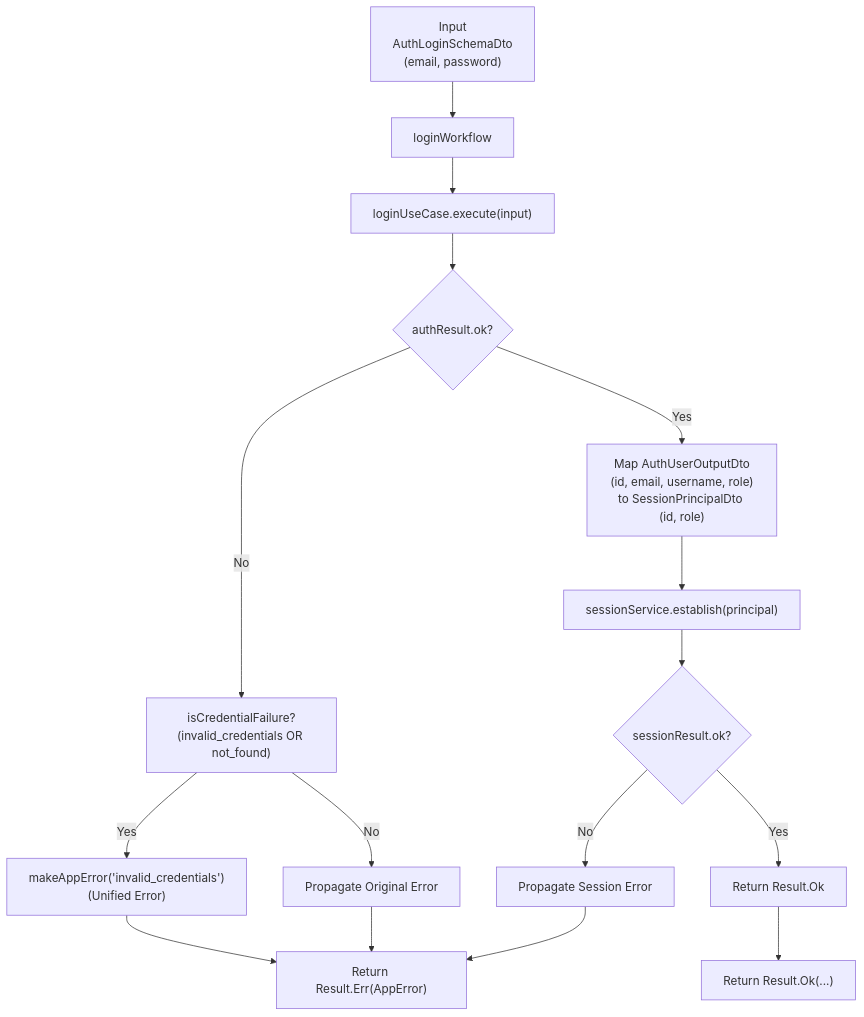
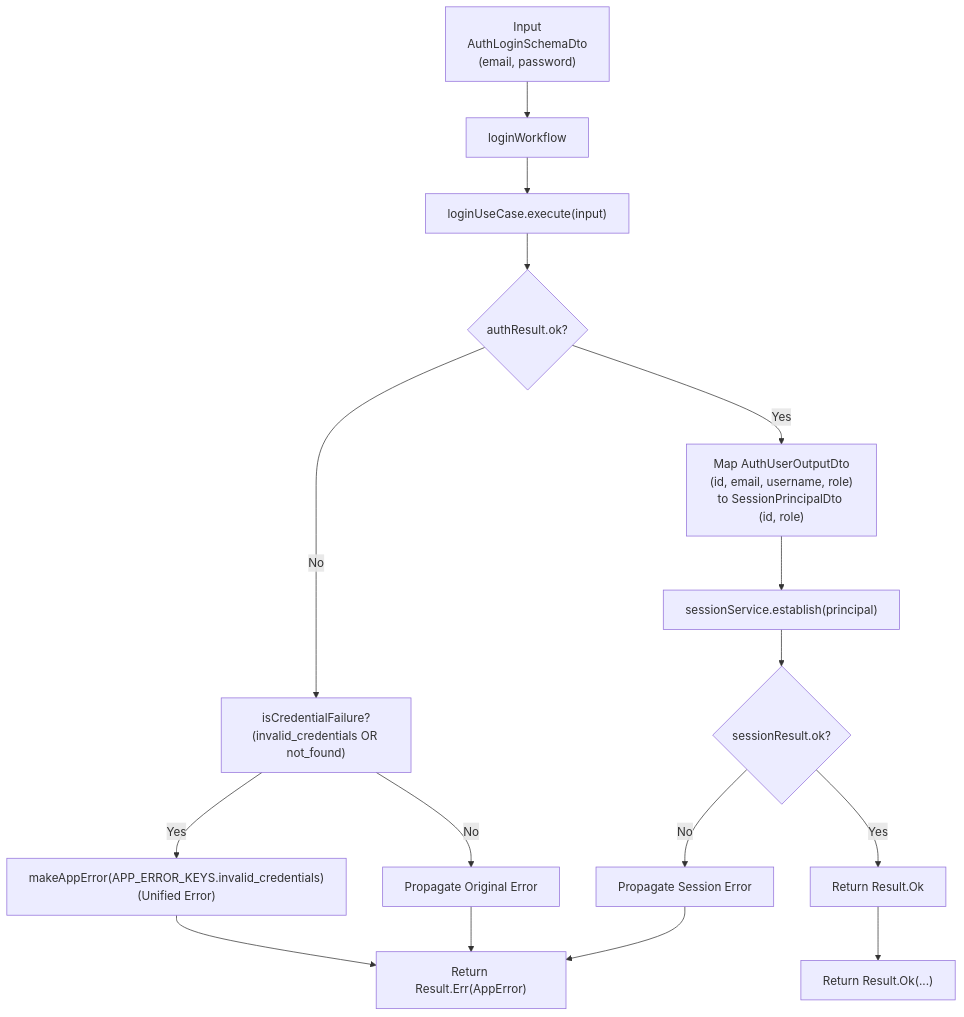
The second of 6 diagrams in src/modules/auth/notes/flowcharts.md (andrewpetersondev/nextjs-dashboard), drawn with Mermaid before and after one commit. The commit also changed other lines of this file and 31 other files, not shown here.

````diff
--- a/src/modules/auth/notes/flowcharts.md
+++ b/src/modules/auth/notes/flowcharts.md
@@ -54,34 +54,34 @@
 ```mermaid
 flowchart TD
 %% Inputs
   A["Input<br/>AuthLoginSchemaDto<br/>(email, password)"] --> B[loginWorkflow]
 
 %% Use Case Call
   B --> C["loginUseCase.execute(input)"]
 
 %% Auth Result Decision
   C --> D{authResult.ok?}
 
 %% Error Handling Branch
   D -->|No| E["isCredentialFailure?<br/>(invalid_credentials OR not_found)"]
 
 %% Anti-Enumeration mapping
-  E -->|Yes| F["makeAppError('invalid_credentials')<br/>(Unified Error)"]
+  E -->|Yes| F["makeAppError(APP_ERROR_KEYS.invalid_credentials)<br/>(Unified Error)"]
   E -->|No| G["Propagate Original Error"]
 
 F --> Z["Return Result.Err(AppError)"]
 G --> Z
 
 %% Success Branch
 D -->|Yes| H["Map AuthUserOutputDto<br/>(id, email, username, role)<br/>to SessionPrincipalDto (id, role)"]
 H --> I["sessionService.establish(principal)"]
 
 %% Session Result Decision
 I --> J{sessionResult.ok?}
 
 J -->|No| K["Propagate Session Error"]
 J -->|Yes| L["Return Result.Ok<SessionPrincipalDto (id, role)>"]
 
 K --> Z
 L --> Z1["Return Result.Ok(...)"]
 ```
````
